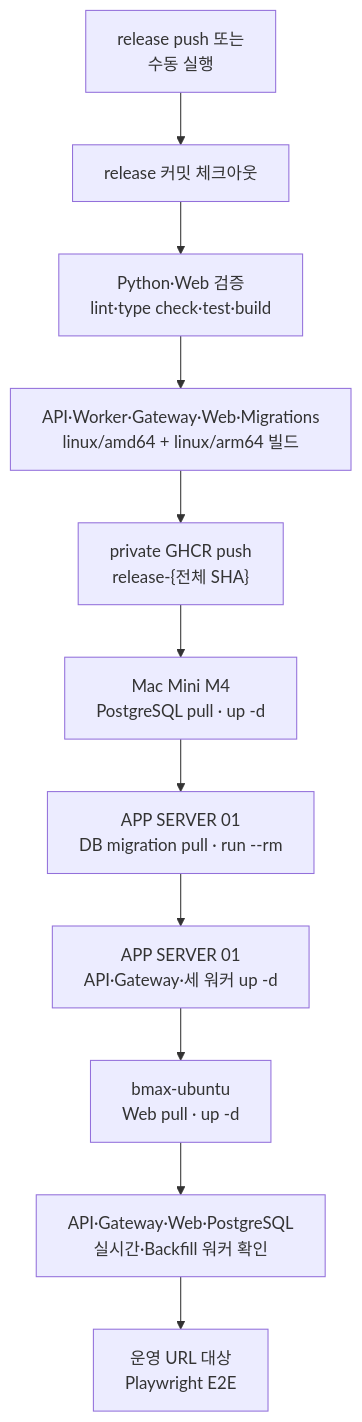
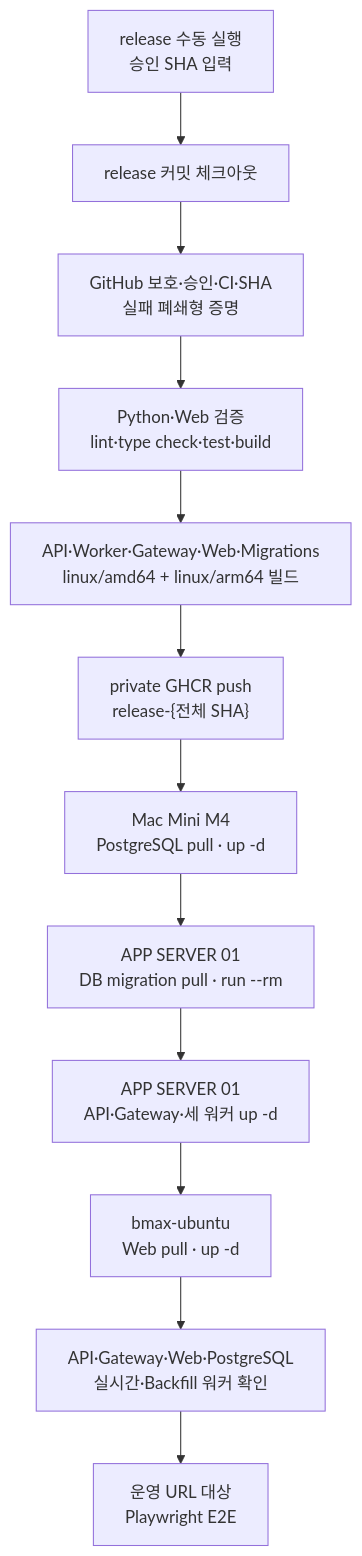
Before and after one commit to goodjoon-company/goodmoneying: the second of 2 diagrams in docs/03_Operations.md, drawn with Mermaid. The commit also changed other lines of this file and 32 other files, not shown here.

````diff
--- a/docs/03_Operations.md
+++ b/docs/03_Operations.md
@@ -109,13 +111,14 @@
 ```mermaid
 flowchart TD
-    trigger["release push 또는<br/>수동 실행"] --> checkout["release 커밋 체크아웃"]
-    checkout --> verify["Python·Web 검증<br/>lint·type check·test·build"]
+    trigger["release 수동 실행<br/>승인 SHA 입력"] --> checkout["release 커밋 체크아웃"]
+    checkout --> gate["GitHub 보호·승인·CI·SHA<br/>실패 폐쇄형 증명"]
+    gate --> verify["Python·Web 검증<br/>lint·type check·test·build"]
     verify --> build["API·Worker·Gateway·Web·Migrations<br/>linux/amd64 + linux/arm64 빌드"]
     build --> push["private GHCR push<br/>release-{전체 SHA}"]
     push --> infra["Mac Mini M4<br/>PostgreSQL pull · up -d"]
     infra --> migration["APP SERVER 01<br/>DB migration pull · run --rm"]
     migration --> application["APP SERVER 01<br/>API·Gateway·세 워커 up -d"]
     application --> web["bmax-ubuntu<br/>Web pull · up -d"]
     web --> health["API·Gateway·Web·PostgreSQL<br/>실시간·Backfill 워커 확인"]
     health --> e2e["운영 URL 대상<br/>Playwright E2E"]
 ```
````
